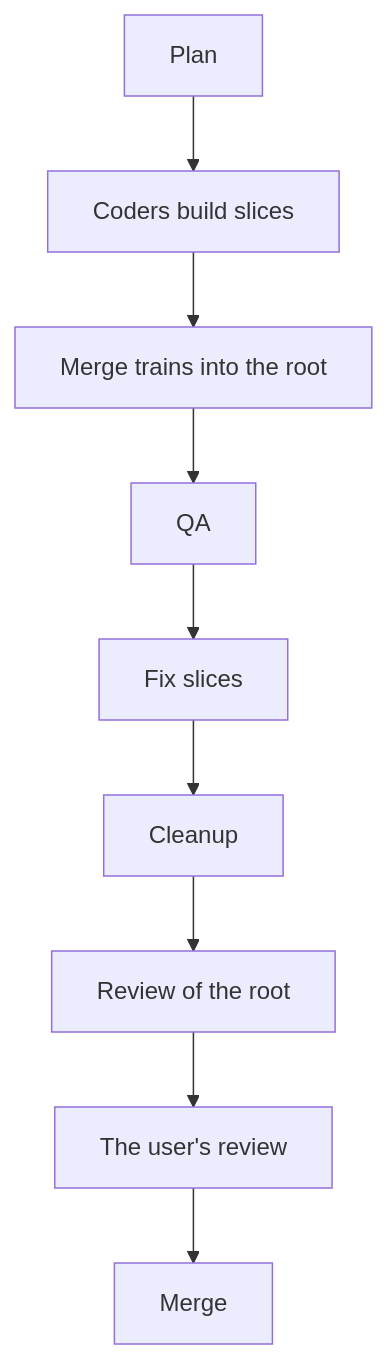
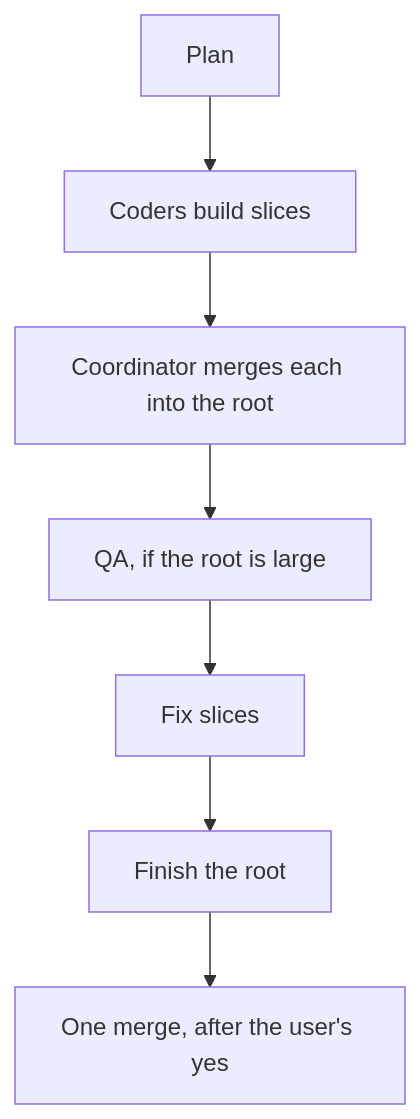
The diagram in docs/skills/parallelize/SKILL.md (Konfus-org/Magic), drawn with Mermaid before and after one commit. The commit also changed other lines of this file and 16 other files, not shown here.

First line of the commit message:
docs: one root branch per effort, one merge into dev at the end

````diff
--- a/docs/skills/parallelize/SKILL.md
+++ b/docs/skills/parallelize/SKILL.md
@@ -20,5 +21,5 @@
 ```mermaid
 flowchart TD
-    Plan --> Coders[Coders build slices] --> Trains[Merge trains into the root]
-    Trains --> QA --> Fixes[Fix slices] --> Cleanup --> Review[Review of the root] --> UserReview[The user's review] --> Merge
+    Plan --> Coders[Coders build slices] --> Root[Coordinator merges each into the root]
+    Root --> QA[QA, if the root is large] --> Fixes[Fix slices] --> Finish[Finish the root] --> Merge[One merge, after the user's yes]
 ```
````
